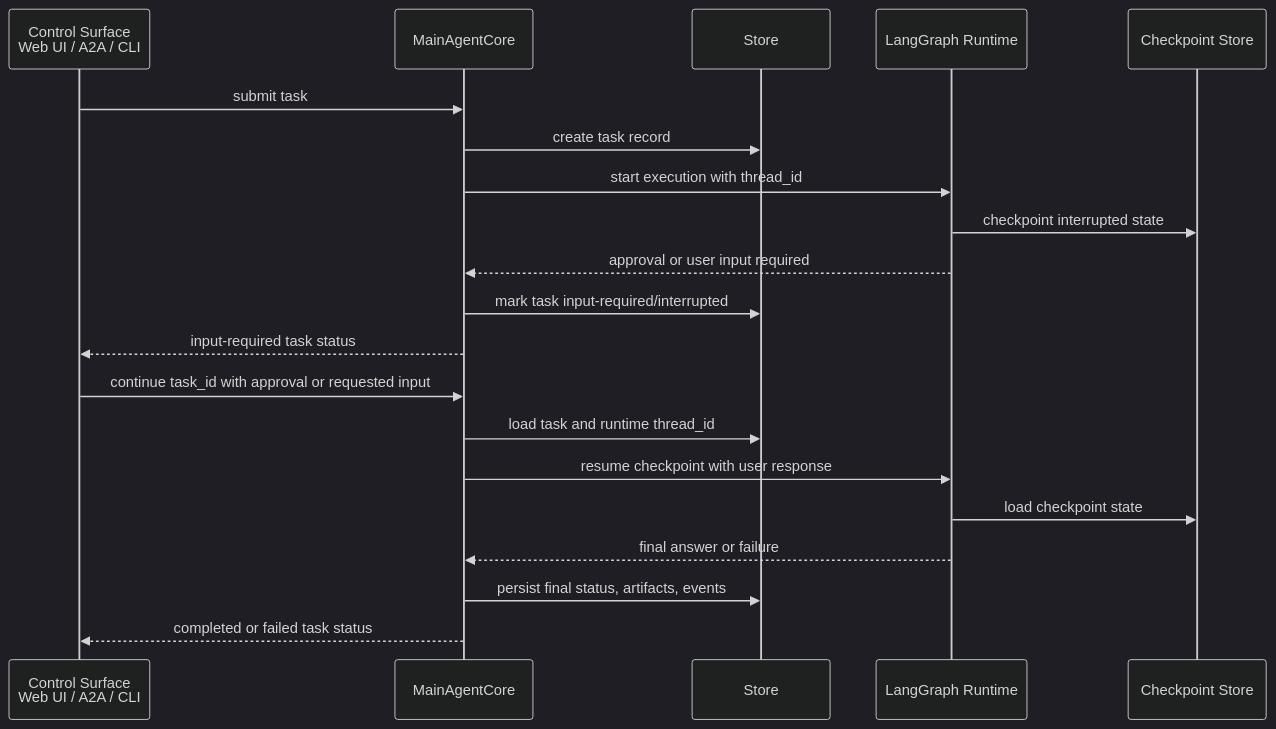
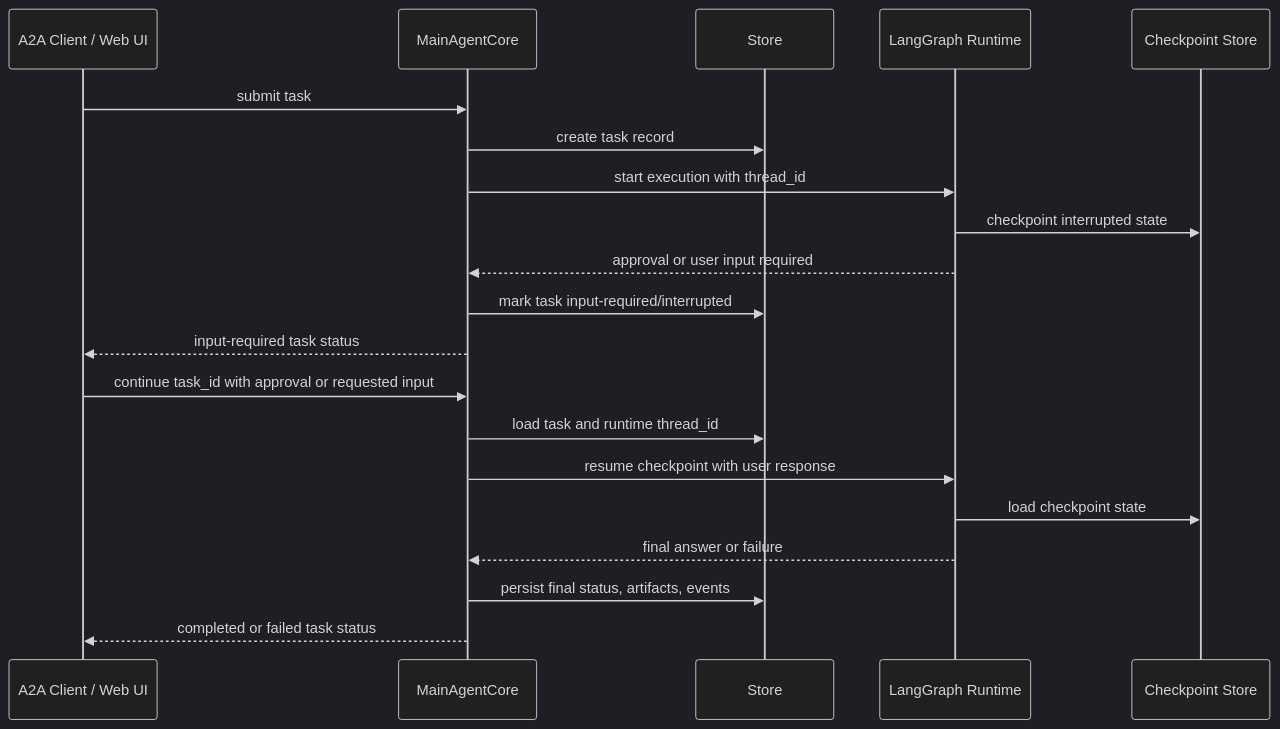
The third of 3 diagrams in README.md (phzou-ai/mini-agent), drawn with Mermaid (dark theme) before and after one commit. The commit also changed other lines of this file and 5 other files, not shown here.

Commit message:
docs: align architecture with current runtime

````diff
--- a/README.md
+++ b/README.md
@@ -98,24 +106,24 @@
 ```mermaid
 sequenceDiagram
-  participant C as Control Surface<br/>Web UI / A2A / CLI
+  participant C as A2A Client / Web UI
   participant M as MainAgentCore
   participant S as Store
   participant R as LangGraph Runtime
   participant K as Checkpoint Store
 
   C->>M: submit task
   M->>S: create task record
   M->>R: start execution with thread_id
   R->>K: checkpoint interrupted state
   R-->>M: approval or user input required
   M->>S: mark task input-required/interrupted
   M-->>C: input-required task status
 
   C->>M: continue task_id with approval or requested input
   M->>S: load task and runtime thread_id
   M->>R: resume checkpoint with user response
   R->>K: load checkpoint state
   R-->>M: final answer or failure
   M->>S: persist final status, artifacts, events
   M-->>C: completed or failed task status
 ```
````
